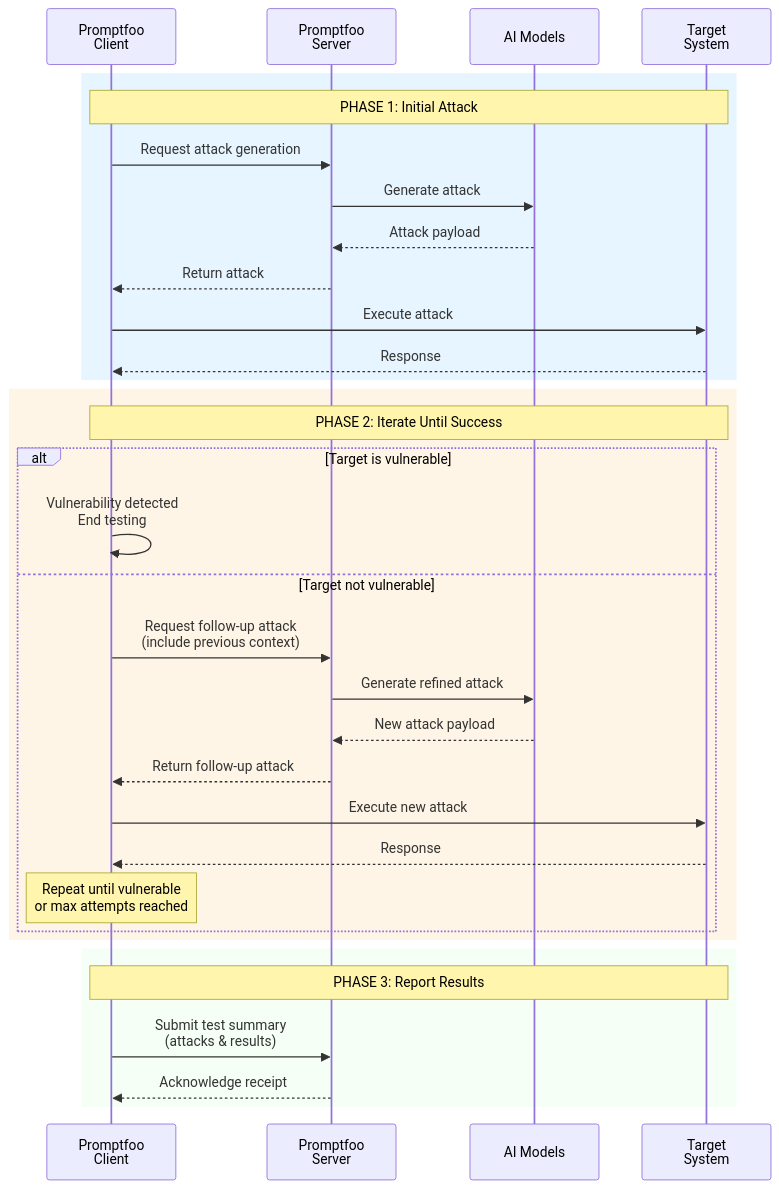
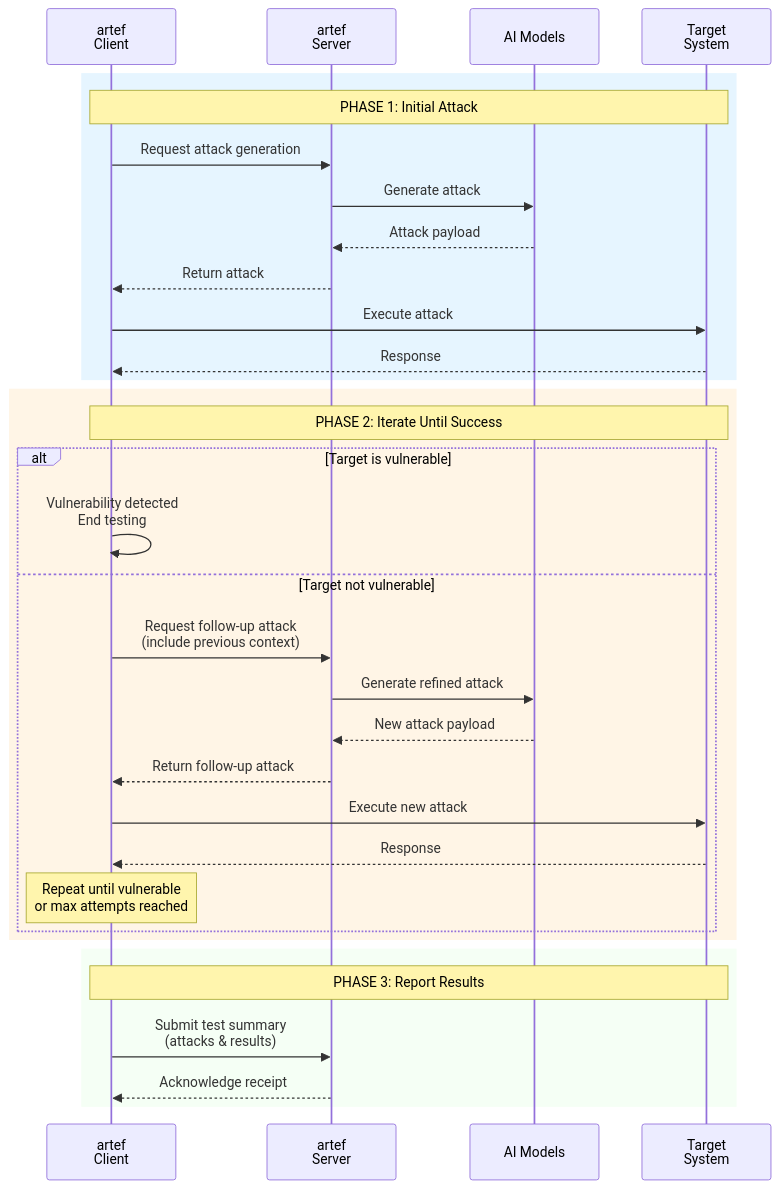
One commit to NETIZEN-11/ARTF changed the second of 2 diagrams in site/docs/red-team/architecture.md. Above: the diagram before and after it, drawn with Mermaid. The commit also changed other lines of this file and 2451 other files, not shown here.

First line of the commit message:
feat: Complete rebranding from promptfoo to ARTEF across entire codebase

````diff
--- a/site/docs/red-team/architecture.md
+++ b/site/docs/red-team/architecture.md
@@ -193,39 +193,39 @@
 ```mermaid
 sequenceDiagram
-    participant Client as Promptfoo<br/>Client
-    participant Cloud as Promptfoo<br/>Server
+    participant Client as artef<br/>Client
+    participant Cloud as artef<br/>Server
     participant AI as AI Models
     participant Target as Target<br/>System
 
     rect rgb(230, 245, 255)
         Note over Client,Target: PHASE 1: Initial Attack
         Client->>Cloud: Request attack generation
         Cloud->>AI: Generate attack
         AI-->>Cloud: Attack payload
         Cloud-->>Client: Return attack
         Client->>Target: Execute attack
         Target-->>Client: Response
     end
 
     rect rgb(255, 245, 230)
         Note over Client,Target: PHASE 2: Iterate Until Success
 
         alt Target is vulnerable
             Client->>Client: Vulnerability detected<br/>End testing
         else Target not vulnerable
             Client->>Cloud: Request follow-up attack<br/>(include previous context)
             Cloud->>AI: Generate refined attack
             AI-->>Cloud: New attack payload
             Cloud-->>Client: Return follow-up attack
             Client->>Target: Execute new attack
             Target-->>Client: Response
             Note over Client: Repeat until vulnerable<br/>or max attempts reached
         end
     end
 
     rect rgb(245, 255, 245)
         Note over Client,Target: PHASE 3: Report Results
         Client->>Cloud: Submit test summary<br/>(attacks & results)
         Cloud-->>Client: Acknowledge receipt
     end
 ```
````
